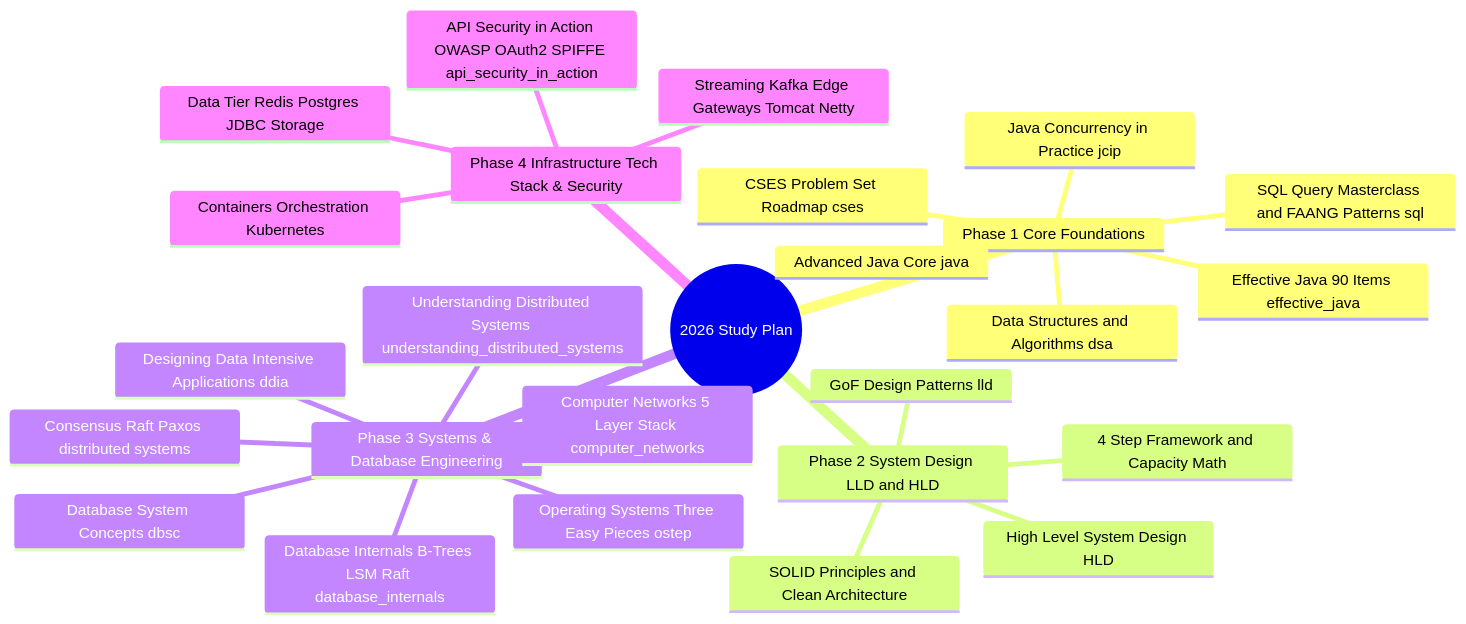
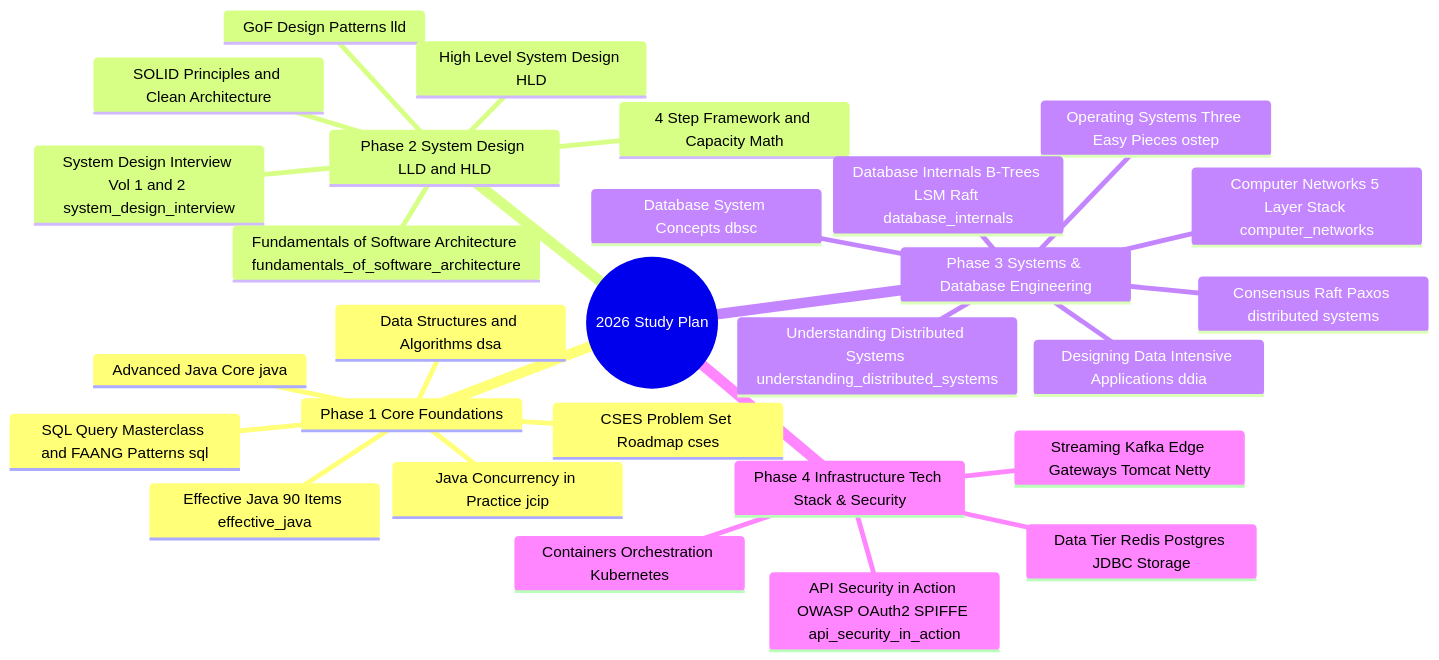
Before and after one commit to chauhankartik/private-2026: the diagram in STUDY_PLAN_2026.md, drawn with Mermaid. The commit also changed other lines of this file and 11 other files, not shown here.

Commit message:
feat(system-design): add System Design Interview (Volumes 1 & 2) and Fundamentals of Software Architecture modules with 11 detailed guides, code engines, and Mermaid diagrams

````diff
--- a/STUDY_PLAN_2026.md
+++ b/STUDY_PLAN_2026.md
@@ -9,29 +9,31 @@
 ```mermaid
 mindmap
   root((2026 Study Plan))
     Phase 1 Core Foundations
       Data Structures and Algorithms dsa
       CSES Problem Set Roadmap cses
       Advanced Java Core java
       Effective Java 90 Items effective_java
       Java Concurrency in Practice jcip
       SQL Query Masterclass and FAANG Patterns sql
     Phase 2 System Design LLD and HLD
       SOLID Principles and Clean Architecture
       GoF Design Patterns lld
       High Level System Design HLD
       4 Step Framework and Capacity Math
+      System Design Interview Vol 1 and 2 system_design_interview
+      Fundamentals of Software Architecture fundamentals_of_software_architecture
     Phase 3 Systems & Database Engineering
       Operating Systems Three Easy Pieces ostep
       Computer Networks 5 Layer Stack computer_networks
       Database System Concepts dbsc
       Database Internals B-Trees LSM Raft database_internals
       Designing Data Intensive Applications ddia
       Consensus Raft Paxos distributed systems
       Understanding Distributed Systems understanding_distributed_systems
     Phase 4 Infrastructure Tech Stack & Security
       Data Tier Redis Postgres JDBC Storage
       Streaming Kafka Edge Gateways Tomcat Netty
       Containers Orchestration Kubernetes
       API Security in Action OWASP OAuth2 SPIFFE api_security_in_action
 ```
````
